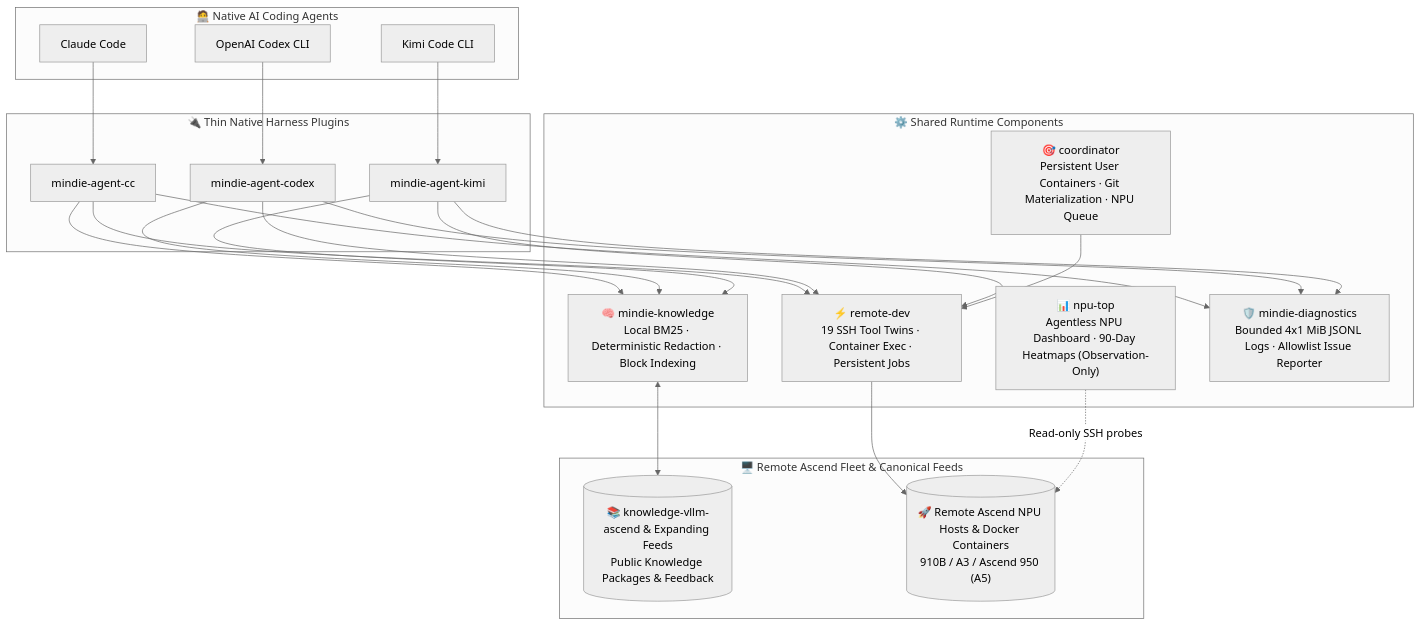
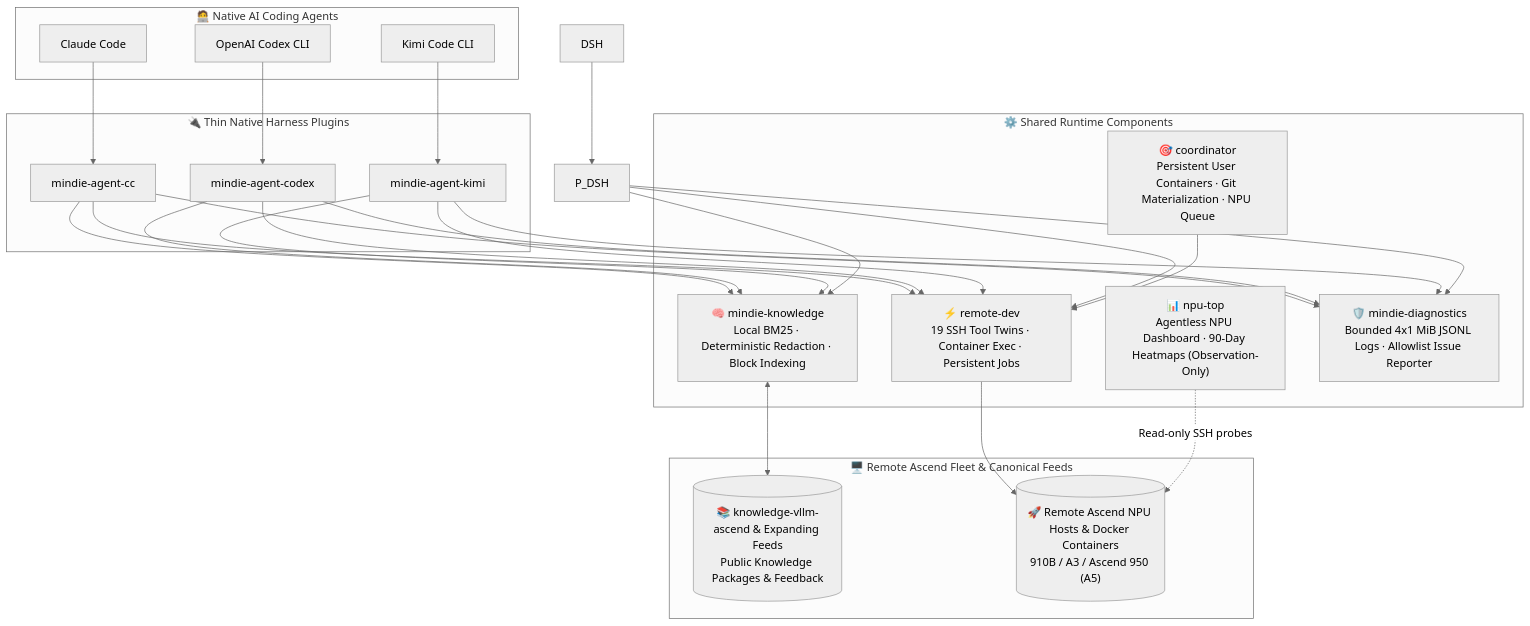
One commit to Yuli-yx/vllm-ascend-workspace changed the first of 2 diagrams in README.en.md. Above: the diagram before and after it, drawn with Mermaid (neutral theme). The commit also changed other lines of this file and 15 other files, not shown here.

````diff
--- a/README.en.md
+++ b/README.en.md
@@ -158,37 +178,38 @@
 ```mermaid
 flowchart TB
   subgraph Clients["🧑‍💻 Native AI Coding Agents"]
     CC["Claude Code"]
     Codex["OpenAI Codex CLI"]
     Kimi["Kimi Code CLI"]
   end
 
   subgraph Adapters["🔌 Thin Native Harness Plugins"]
     P_CC["mindie-agent-cc"]
     P_Codex["mindie-agent-codex"]
     P_Kimi["mindie-agent-kimi"]
   end
 
   subgraph Core["⚙️ Shared Runtime Components"]
     Knowledge["🧠 mindie-knowledge<br/>Local BM25 · Deterministic Redaction · Block Indexing"]
     RemoteDev["⚡ remote-dev<br/>19 SSH Tool Twins · Container Exec · Persistent Jobs"]
     Coord["🎯 coordinator<br/>Persistent User Containers · Git Materialization · NPU Queue"]
     NpuTop["📊 npu-top<br/>Agentless NPU Dashboard · 90-Day Heatmaps (Observation-Only)"]
     Diag["🛡️ mindie-diagnostics<br/>Bounded 4x1 MiB JSONL Logs · Allowlist Issue Reporter"]
   end
 
   subgraph Remote["🖥️ Remote Ascend Fleet & Canonical Feeds"]
     Feed[("📚 knowledge-vllm-ascend & Expanding Feeds<br/>Public Knowledge Packages & Feedback")]
     Cluster[("🚀 Remote Ascend NPU Hosts & Docker Containers<br/>910B / A3 / Ascend 950 (A5)")]
   end
 
   CC --> P_CC
   Codex --> P_Codex
   Kimi --> P_Kimi
+  DSH --> P_DSH
 
-  P_CC & P_Codex & P_Kimi --> Knowledge & RemoteDev & Diag
+  P_CC & P_Codex & P_Kimi & P_DSH --> Knowledge & RemoteDev & Diag
   Knowledge <--> Feed
   RemoteDev --> Cluster
   Coord --> RemoteDev
   NpuTop -. "Read-only SSH probes" .-> Cluster
 ```
````
